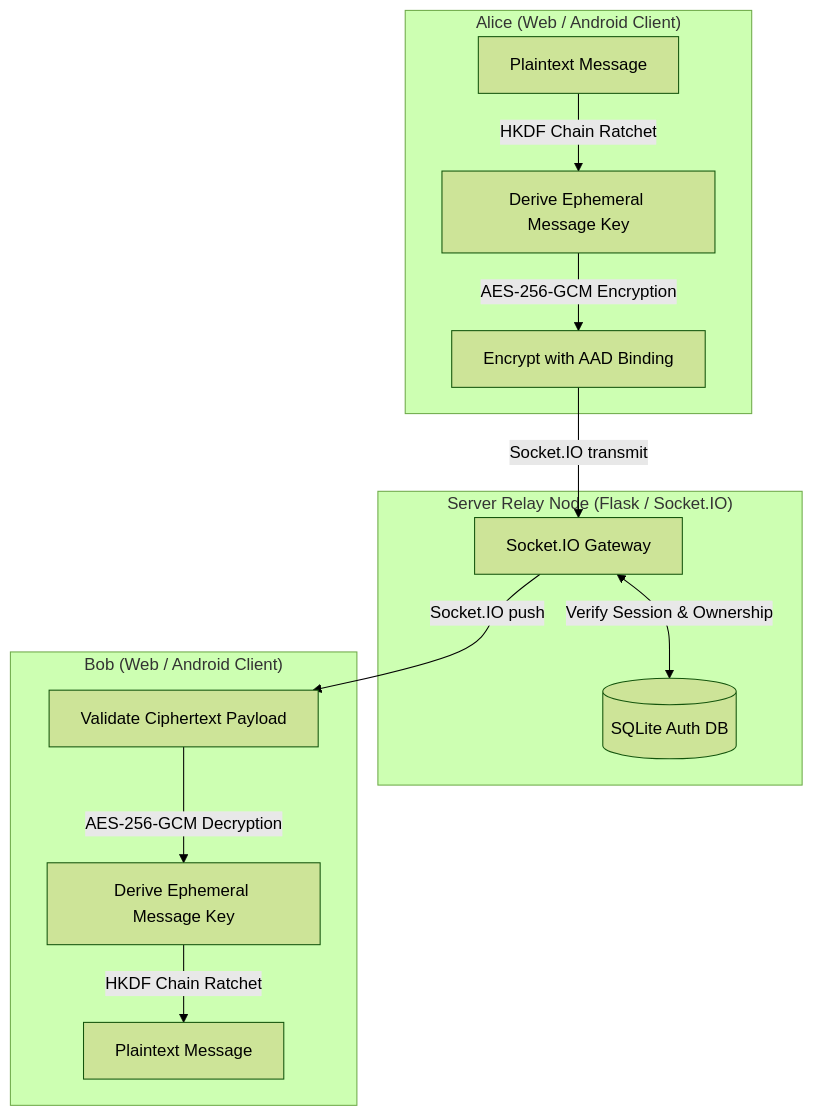
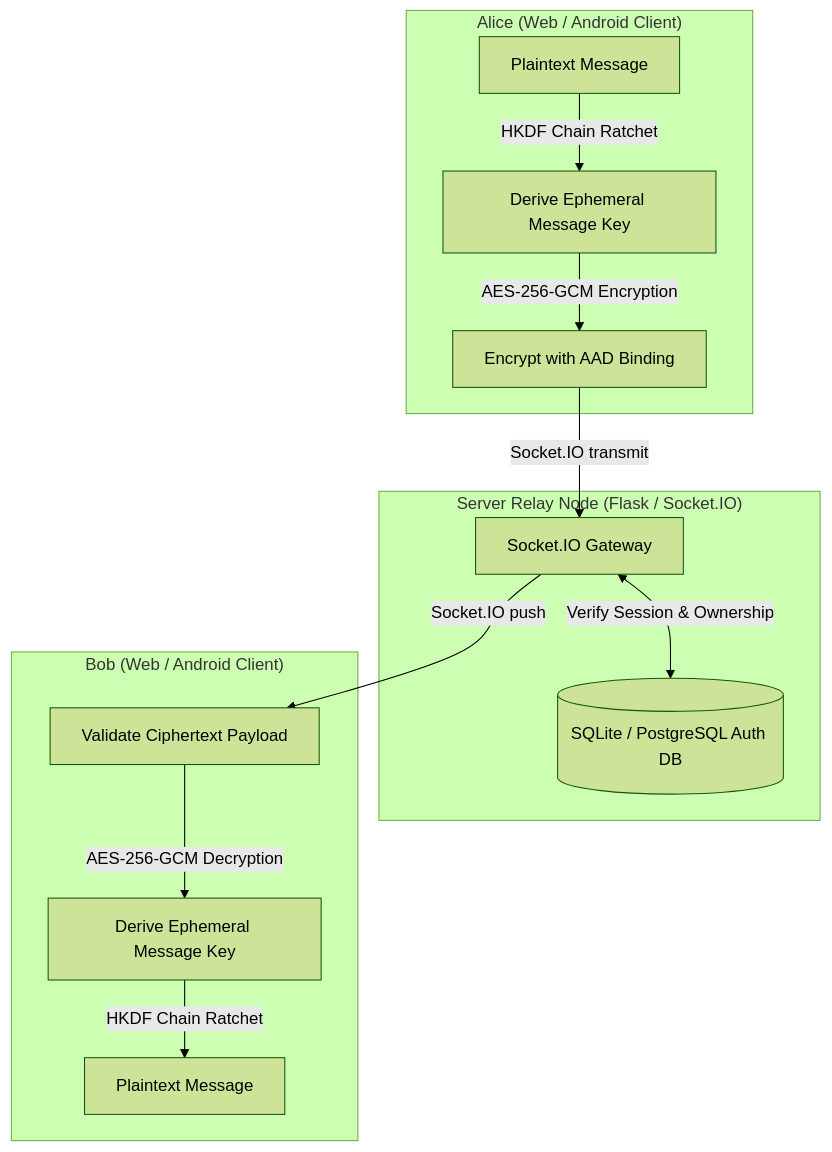
One commit to aryansinghnagar/AnonyMus changed the first of 2 diagrams in README.md. Above: the diagram before and after it, drawn with Mermaid (forest theme). The commit also changed other lines of this file and 3 other files, not shown here.

Commit message:
docs: update README, SETUP, and FEATURES for unified architecture

````diff
--- a/README.md
+++ b/README.md
@@ -13,21 +16,21 @@
 ```mermaid
 graph TD
     subgraph "Alice (Web / Android Client)"
         A1[Plaintext Message] -->|HKDF Chain Ratchet| A2[Derive Ephemeral Message Key]
         A2 -->|AES-256-GCM Encryption| A3[Encrypt with AAD Binding]
     end
 
     subgraph "Server Relay Node (Flask / Socket.IO)"
         S1[Socket.IO Gateway]
-        S2[(SQLite Auth DB)]
+        S2[(SQLite / PostgreSQL Auth DB)]
         S1 <-->|Verify Session & Ownership| S2
     end
 
     subgraph "Bob (Web / Android Client)"
         B3[Validate Ciphertext Payload] -->|AES-256-GCM Decryption| B2[Derive Ephemeral Message Key]
         B2 -->|HKDF Chain Ratchet| B1[Plaintext Message]
     end
 
     A3 -->|Socket.IO transmit| S1
     S1 -->|Socket.IO push| B3
 ```
````
